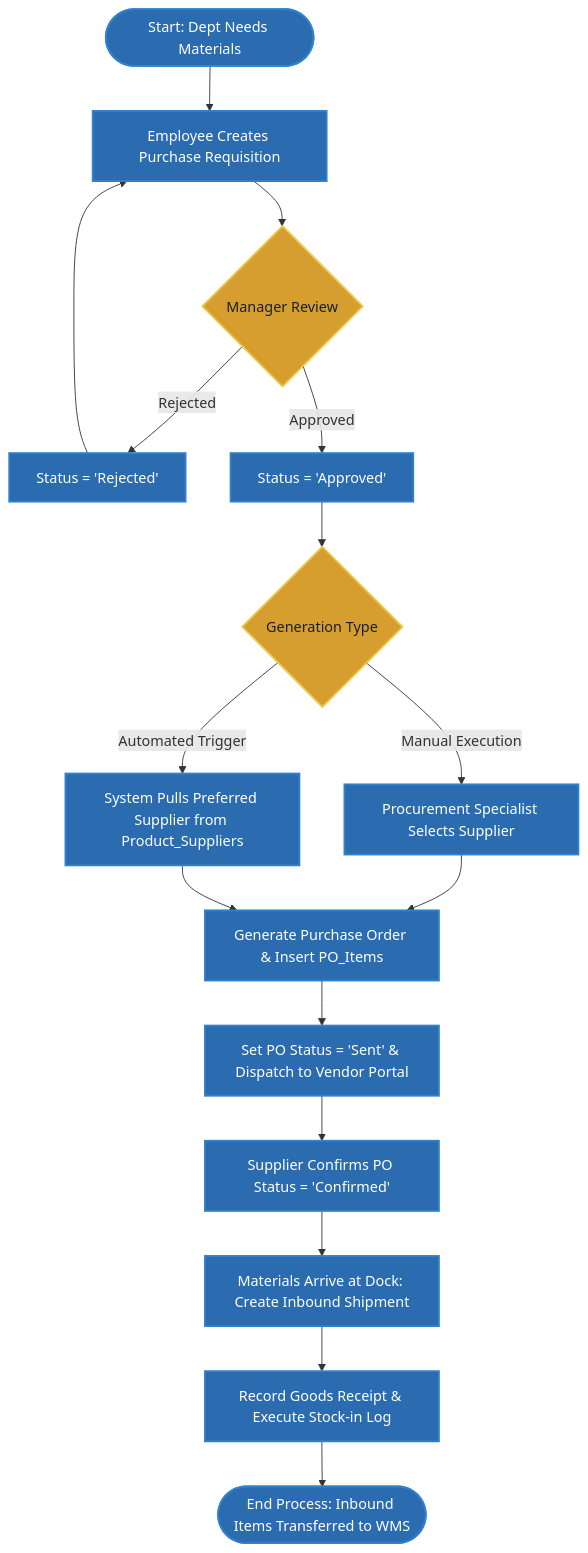
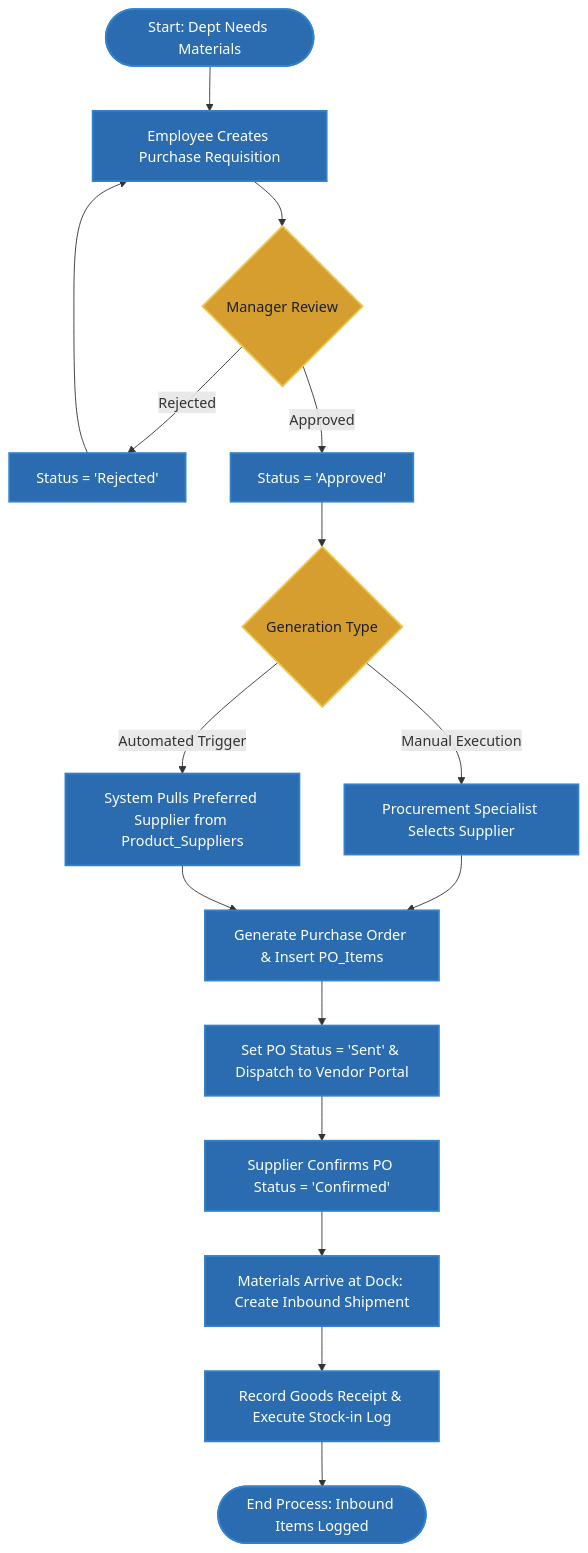
Before and after one commit to CardboardB0X/AmbatuGrow-RBAC: the first of 3 diagrams in docs/blueprints/functional_workflows.md, drawn with Mermaid. The commit also changed other lines of this file and 7 other files, not shown here.

````diff
--- a/docs/blueprints/functional_workflows.md
+++ b/docs/blueprints/functional_workflows.md
@@ -11,26 +11,26 @@
 ```mermaid
 flowchart TD
     %% Styling
     classDef proc fill:#2b6cb0,stroke:#3182ce,stroke-width:2px,color:#fff;
     classDef decision fill:#d69e2e,stroke:#ecc94b,stroke-width:2px,color:#1a202c;
 
     Step1([Start: Dept Needs Materials]):::proc --> Step2[Employee Creates Purchase Requisition]:::proc
     Step2 --> Step3{Manager Review}:::decision
     
     Step3 -->|Rejected| Step3R[Status = 'Rejected']:::proc --> Step2
     Step3 -->|Approved| Step4[Status = 'Approved']:::proc
     
     Step4 --> Step5{Generation Type}:::decision
     Step5 -->|Manual Execution| Step5M[Procurement Specialist Selects Supplier]:::proc
     Step5 -->|Automated Trigger| Step5A[System Pulls Preferred Supplier from Product_Suppliers]:::proc
     
     Step5M --> Step6[Generate Purchase Order & Insert PO_Items]:::proc
     Step5A --> Step6
     
     Step6 --> Step7[Set PO Status = 'Sent' & Dispatch to Vendor Portal]:::proc
     Step7 --> Step8[Supplier Confirms PO Status = 'Confirmed']:::proc
     Step8 --> Step9[Materials Arrive at Dock: Create Inbound Shipment]:::proc
     
     Step9 --> Step10[Record Goods Receipt & Execute Stock-in Log]:::proc
-    Step10 --> Step14([End Process: Inbound Items Transferred to WMS]):::proc
+    Step10 --> Step14([End Process: Inbound Items Logged]):::proc
 ```
````
